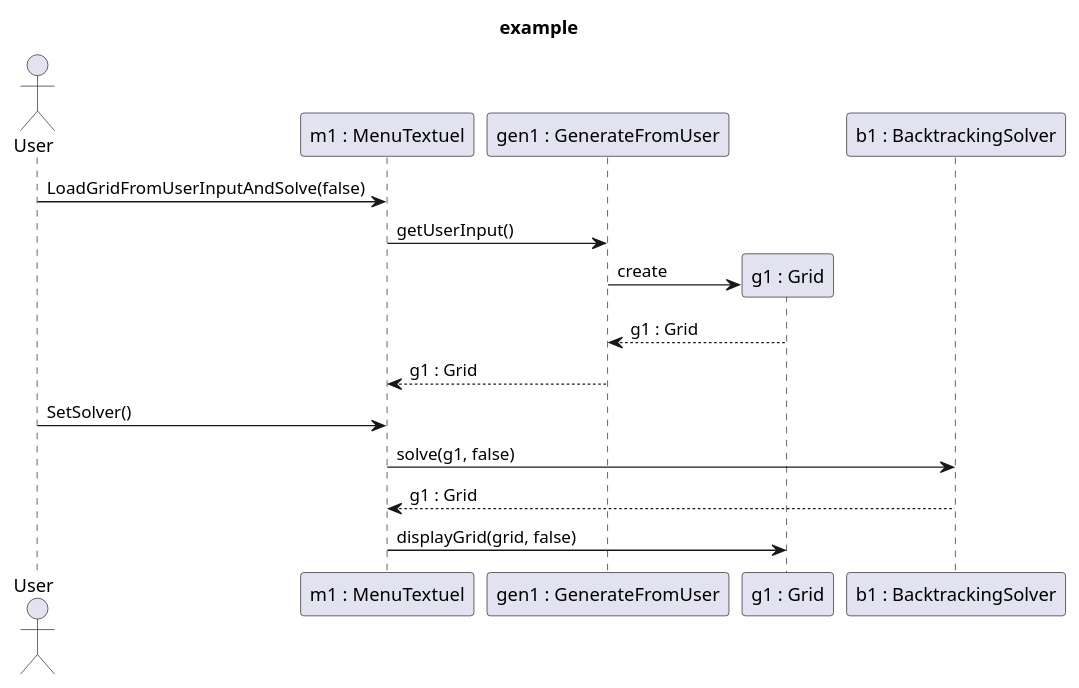
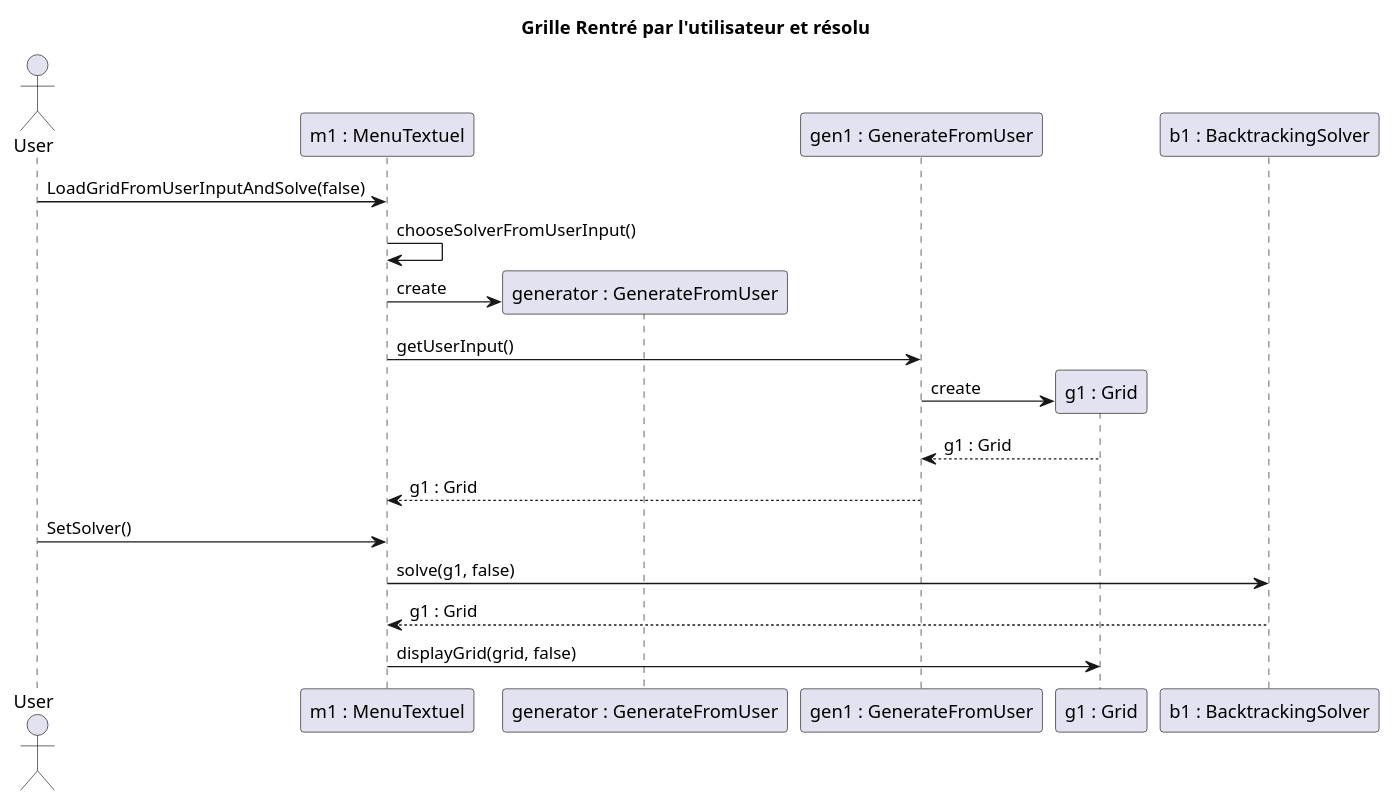
One commit to PolytechLyon/SudokuAPO changed the diagram in sequenceDiagramResolution.puml. Above: the diagram before and after it, drawn with PlantUML. The commit also changed 2 other files, not shown here.

Commit message:
Diagramme de classe : relations

```diff
--- a/sequenceDiagramResolution.puml
+++ b/sequenceDiagramResolution.puml
@@ -1,22 +1,23 @@
 @startuml
-title example
+title Grille Rentré par l'utilisateur et résolu
 actor User
 
 User->"m1 : MenuTextuel" : LoadGridFromUserInputAndSolve(false)
-
+"m1 : MenuTextuel"->"m1 : MenuTextuel" : chooseSolverFromUserInput()
+"m1 : MenuTextuel" -> "generator : GenerateFromUser" ** : create
 
 
 "m1 : MenuTextuel"->"gen1 : GenerateFromUser" : getUserInput()
 "gen1 : GenerateFromUser" -> "g1 : Grid" ** : create
 "gen1 : GenerateFromUser"<--"g1 : Grid" : g1 : Grid
 "gen1 : GenerateFromUser"-->"m1 : MenuTextuel" : g1 : Grid
 
 "User"->"m1 : MenuTextuel" : SetSolver()
 
 
 "m1 : MenuTextuel"->"b1 : BacktrackingSolver" : solve(g1, false)
 
 "m1 : MenuTextuel"<--"b1 : BacktrackingSolver" : g1 : Grid
 "m1 : MenuTextuel"->"g1 : Grid" : displayGrid(grid, false)
 
 @enduml
```
